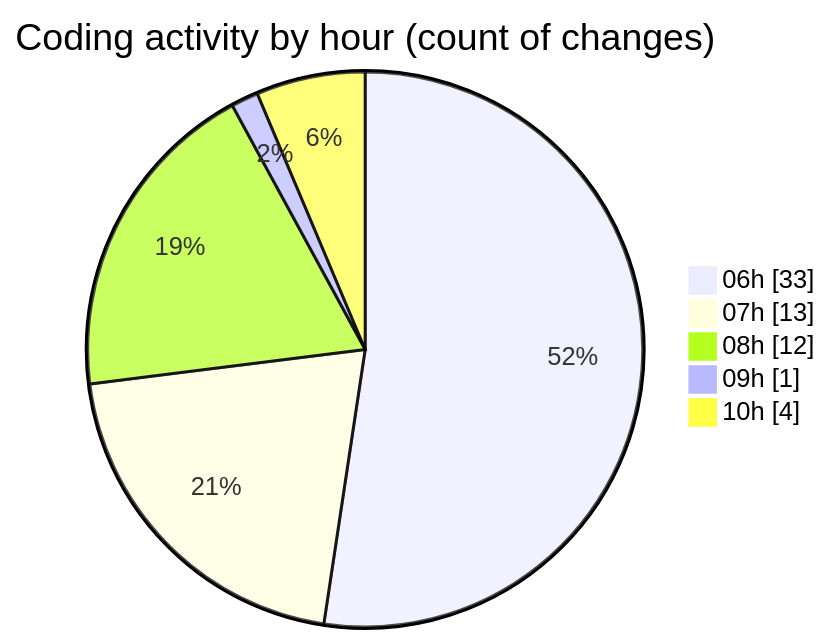
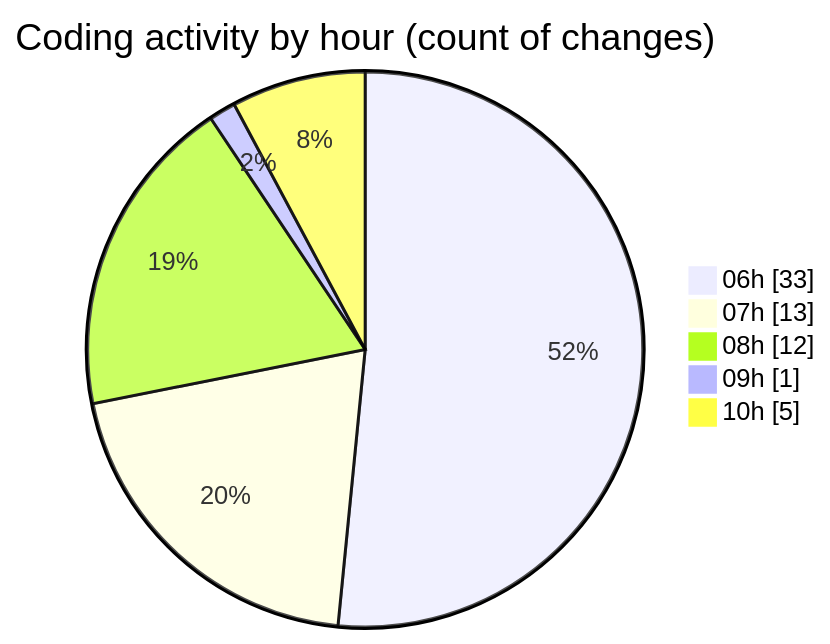
Before and after one commit to charlie-sans/code-tracking: the second of 2 diagrams in 2025-02-21/micros/README.md, drawn with Mermaid. The commit also changed other lines of this file and 1 other file, not shown here.

````diff
--- a/2025-02-21/micros/README.md
+++ b/2025-02-21/micros/README.md
@@ -67,9 +68,9 @@
 ```mermaid
 pie showData
 title Coding activity by hour (count of changes)
 "06h" : 33
 "07h" : 13
 "08h" : 12
 "09h" : 1
-"10h" : 4
+"10h" : 5
 ```
````
